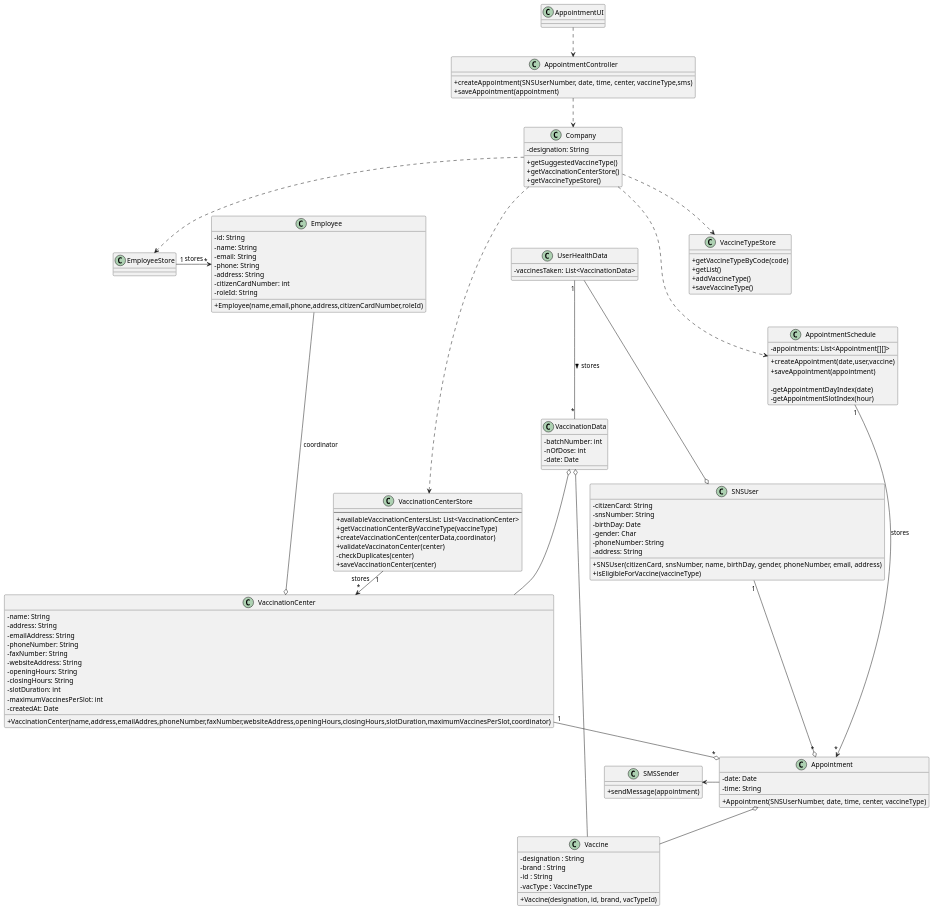
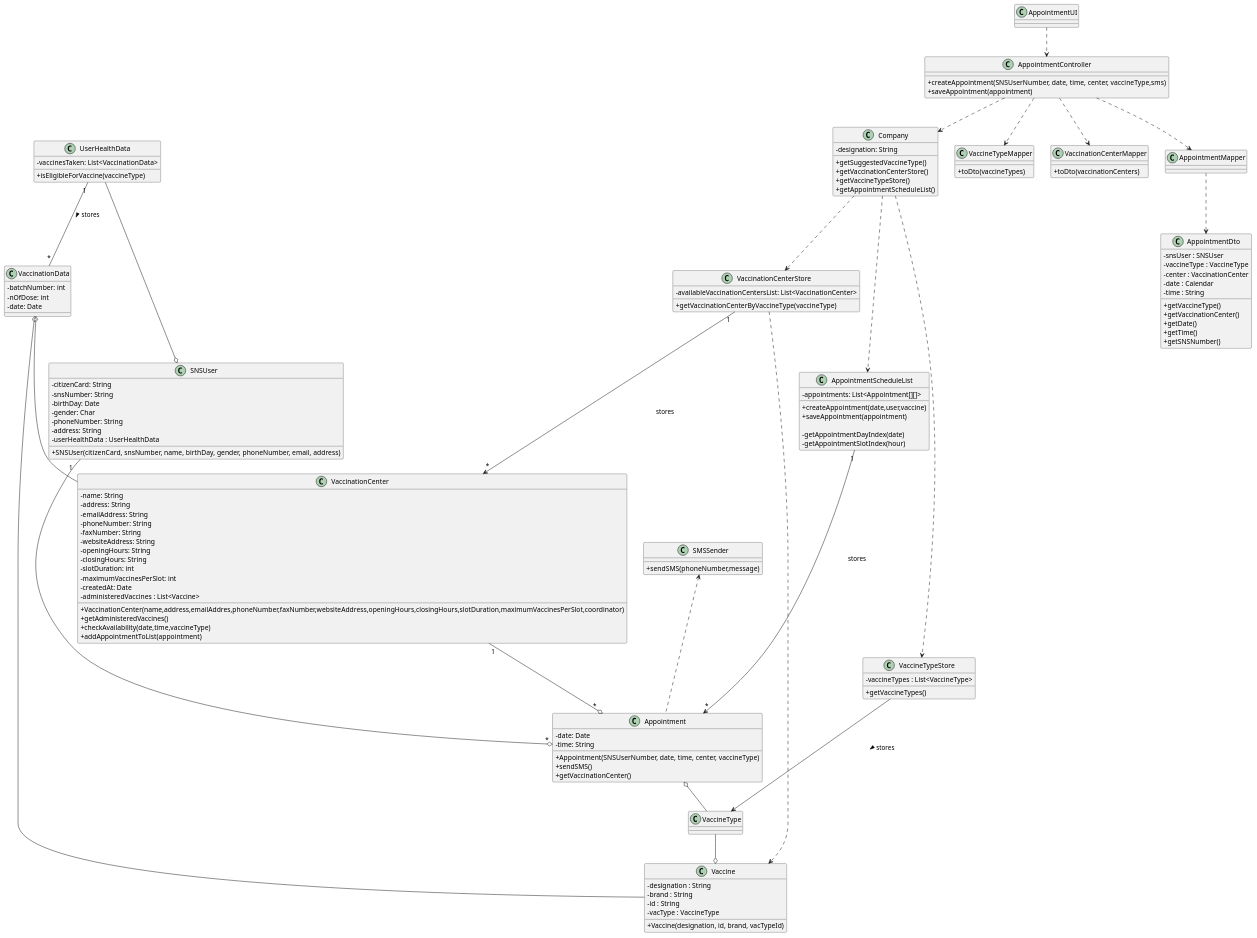
Before and after one commit to miseEnPlace-i/lapr2: the diagram in docs/SprintC/US02/CD/US02_CD.puml, drawn with PlantUML.

Commit message:
docs(US02): updated CD (added mappers and dtos)

```diff
--- a/docs/SprintC/US02/CD/US02_CD.puml
+++ b/docs/SprintC/US02/CD/US02_CD.puml
@@ -1,131 +1,148 @@
 @startuml US02_CD
 skinparam classAttributeIconSize 0
 
 class Appointment {
   - date: Date
   - time: String
   +Appointment(SNSUserNumber, date, time, center, vaccineType)
+  +sendSMS()
+  +getVaccinationCenter()
 }
 
-class AppointmentSchedule {
+class AppointmentScheduleList {
   -appointments: List<Appointment[][]>
   +createAppointment(date,user,vaccine)
   +saveAppointment(appointment)
 
   -getAppointmentDayIndex(date)
   -getAppointmentSlotIndex(hour)
 }
 
 class Vaccine   {
   -designation : String
   -brand : String
   -id : String
   -vacType : VaccineType
 
   +Vaccine(designation, id, brand, vacTypeId)
 }
 
 class AppointmentUI {}
 
 class AppointmentController {
   +createAppointment(SNSUserNumber, date, time, center, vaccineType,sms)
   +saveAppointment(appointment)
 }
 
 class Company {
   -designation: String
   +getSuggestedVaccineType()
   +getVaccinationCenterStore()
   +getVaccineTypeStore()
+  +getAppointmentScheduleList()
 }
 
 class SNSUser {
   - citizenCard: String 
   - snsNumber: String 
   - birthDay: Date 
   - gender: Char
   - phoneNumber: String 
   - address: String
+  - userHealthData : UserHealthData
   + SNSUser(citizenCard, snsNumber, name, birthDay, gender, phoneNumber, email, address)
-   + isEligibleForVaccine(vaccineType)
   }
 
 class UserHealthData {
-  - vaccinesTaken: List<VaccinationData>
+ - vaccinesTaken: List<VaccinationData>
+ +isEligibleForVaccine(vaccineType)
 }
 
 class VaccinationData {
   - batchNumber: int
   - nOfDose: int
   - date: Date
 }
 
 class VaccinationCenter{
   - name: String
   - address: String
   - emailAddress: String
   - phoneNumber: String
   - faxNumber: String
   - websiteAddress: String
   - openingHours: String
   - closingHours: String
   - slotDuration: int
   - maximumVaccinesPerSlot: int
   - createdAt: Date
+  - administeredVaccines : List<Vaccine>
   +VaccinationCenter(name,address,emailAddres,phoneNumber,faxNumber,websiteAddress,openingHours,closingHours,slotDuration,maximumVaccinesPerSlot,coordinator)
+  +getAdministeredVaccines()
+  +checkAvailability(date,time,vaccineType)
+  +addAppointmentToList(appointment)
 }
 
 class VaccinationCenterStore {
-  ---
-+availableVaccinationCentersList: List<VaccinationCenter>
+-availableVaccinationCentersList: List<VaccinationCenter>
 +getVaccinationCenterByVaccineType(vaccineType)
-+createVaccinationCenter(centerData,coordinator)
-+validateVaccinatonCenter(center)
--checkDuplicates(center)
-+saveVaccinationCenter(center)
 }
 
+class VaccineType {}
+
 class VaccineTypeStore {
-  +getVaccineTypeByCode(code)
-  +getList()
-  +addVaccineType()
-  +saveVaccineType()
+  -vaccineTypes : List<VaccineType>
+  +getVaccineTypes()
 }
 
-class Employee {
-  -id: String 
-  -name: String 
-  -email: String 
-  -phone: String 
-  -address: String 
-  -citizenCardNumber: int 
-  -roleId: String 
-  +Employee(name,email,phone,address,citizenCardNumber,roleId)
+class SMSSender {
+  +sendSMS(phoneNumber,message)
 }
 
-class EmployeeStore {}
+class VaccineTypeMapper {
++toDto(vaccineTypes)
+}
 
-class SMSSender {
-  +sendMessage(appointment)
+class VaccinationCenterMapper {
+  +toDto(vaccinationCenters)
 }
+
+class AppointmentDto {
+  -snsUser : SNSUser
+  -vaccineType : VaccineType
+  -center : VaccinationCenter
+  -date : Calendar
+  -time : String
+  +getVaccineType()
+  +getVaccinationCenter()
+  +getDate()
+  +getTime()
+  +getSNSNumber()
+}
+
+class AppointmentMapper {}
 
 AppointmentUI ..> AppointmentController
 AppointmentController ..> Company
 Company ..> VaccinationCenterStore
 Company ..> VaccineTypeStore
-Company ..> AppointmentSchedule
-Company ..> EmployeeStore
-EmployeeStore "1" -> "*" Employee : stores
-VaccinationCenterStore "1" -> "*" VaccinationCenter : stores
-Employee ---o VaccinationCenter : coordinator
+Company ..> AppointmentScheduleList
+VaccinationCenterStore "1" --> "*" VaccinationCenter : stores
 VaccinationCenter "1" --o "*" Appointment
 SNSUser "1" --o "*" Appointment
-AppointmentSchedule "1" -> "*" Appointment : stores
+AppointmentScheduleList "1" --> "*" Appointment : stores
 VaccinationData o-- Vaccine
 VaccinationData o--  VaccinationCenter
 UserHealthData  --o SNSUser
 UserHealthData "1" -- "*" VaccinationData : stores >
-Appointment o-- Vaccine
-SMSSender <- Appointment
+Appointment o-- VaccineType
+SMSSender <.. Appointment
+VaccineType --o Vaccine 
+VaccinationCenterStore ..> Vaccine
+AppointmentMapper ..> AppointmentDto
+AppointmentController ..> AppointmentMapper
+AppointmentController ..> VaccinationCenterMapper
+AppointmentController ..> VaccineTypeMapper 
+VaccineTypeStore --> VaccineType : stores > 
 
 @enduml
```
